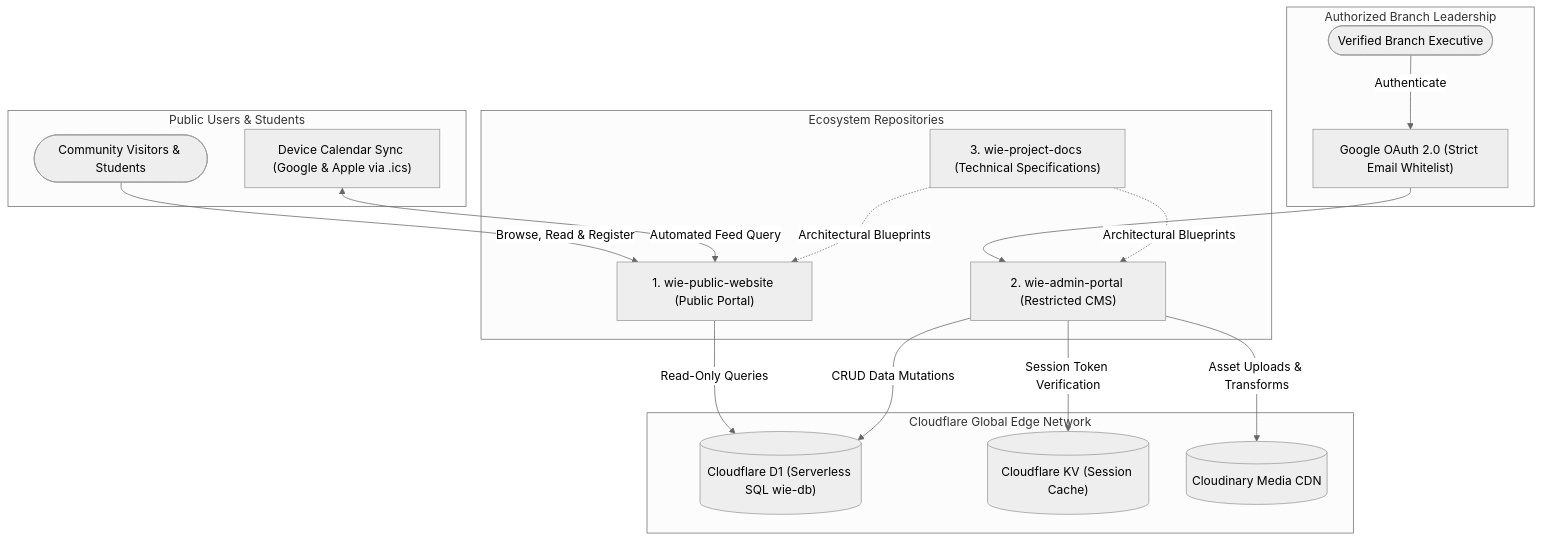
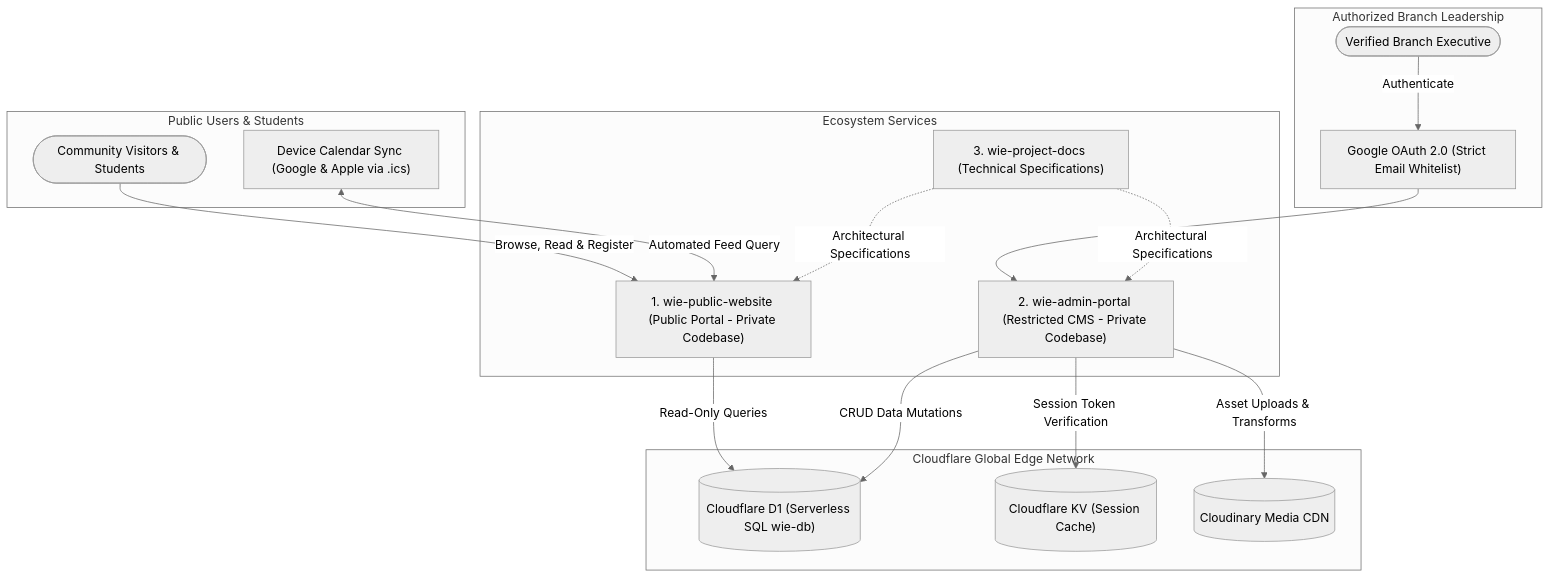
One commit to ieee-alhuson-wie/wie-project-docs changed the diagram in README.md. Above: the diagram before and after it, drawn with Mermaid (neutral theme). The commit also changed other lines of this file, not shown here.

````diff
--- a/README.md
+++ b/README.md
@@ -18,36 +20,36 @@
 ```mermaid
 flowchart TD
     subgraph Clients ["Public Users & Students"]
         Visitor([Community Visitors & Students])
         CalendarSync["Device Calendar Sync (Google & Apple via .ics)"]
     end
 
-    subgraph Repos ["Ecosystem Repositories"]
-        PublicApp["1. wie-public-website (Public Portal)"]
-        AdminApp["2. wie-admin-portal (Restricted CMS)"]
+    subgraph Repos ["Ecosystem Services"]
+        PublicApp["1. wie-public-website (Public Portal - Private Codebase)"]
+        AdminApp["2. wie-admin-portal (Restricted CMS - Private Codebase)"]
         DocsRepo["3. wie-project-docs (Technical Specifications)"]
     end
 
     subgraph CloudInfrastructure ["Cloudflare Global Edge Network"]
         D1[("Cloudflare D1 (Serverless SQL wie-db)")]
         KV[("Cloudflare KV (Session Cache)")]
         CloudinaryCDN[("Cloudinary Media CDN")]
     end
 
     subgraph Administrators ["Authorized Branch Leadership"]
         Executive([Verified Branch Executive])
         GoogleSSO["Google OAuth 2.0 (Strict Email Whitelist)"]
     end
 
     Visitor -->|Browse, Read & Register| PublicApp
     CalendarSync <-->|Automated Feed Query| PublicApp
     PublicApp -->|Read-Only Queries| D1
 
     Executive -->|Authenticate| GoogleSSO --> AdminApp
     AdminApp -->|Session Token Verification| KV
     AdminApp -->|Asset Uploads & Transforms| CloudinaryCDN
     AdminApp -->|CRUD Data Mutations| D1
 
-    DocsRepo -.->|Architectural Blueprints| PublicApp
-    DocsRepo -.->|Architectural Blueprints| AdminApp
+    DocsRepo -.->|Architectural Specifications| PublicApp
+    DocsRepo -.->|Architectural Specifications| AdminApp
 ```
````
